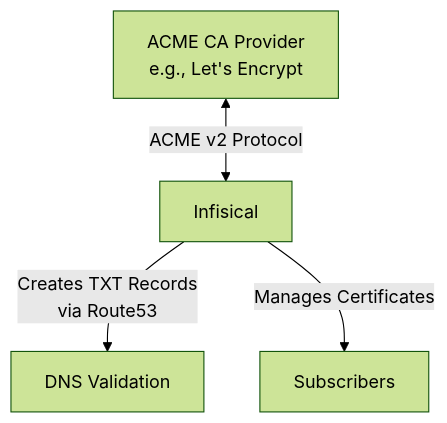
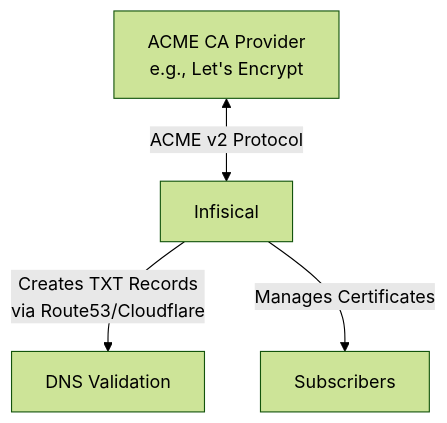
The diagram in docs/documentation/platform/pki/acme-ca.mdx (Infisical/infisical), drawn with Mermaid (forest theme) before and after one commit. The commit also changed other lines of this file and 3 other files, not shown here.

````diff
--- a/docs/documentation/platform/pki/acme-ca.mdx
+++ b/docs/documentation/platform/pki/acme-ca.mdx
@@ -14,6 +14,6 @@
 ```mermaid
 graph TD
     A[ACME CA Provider<br>e.g., Let's Encrypt] <-->|ACME v2 Protocol| B[Infisical]
-    B -->|Creates TXT Records<br>via Route53| C[DNS Validation]
+    B -->|Creates TXT Records<br>via Route53/Cloudflare| C[DNS Validation]
     B -->|Manages Certificates| D[Subscribers]
 ```
````
